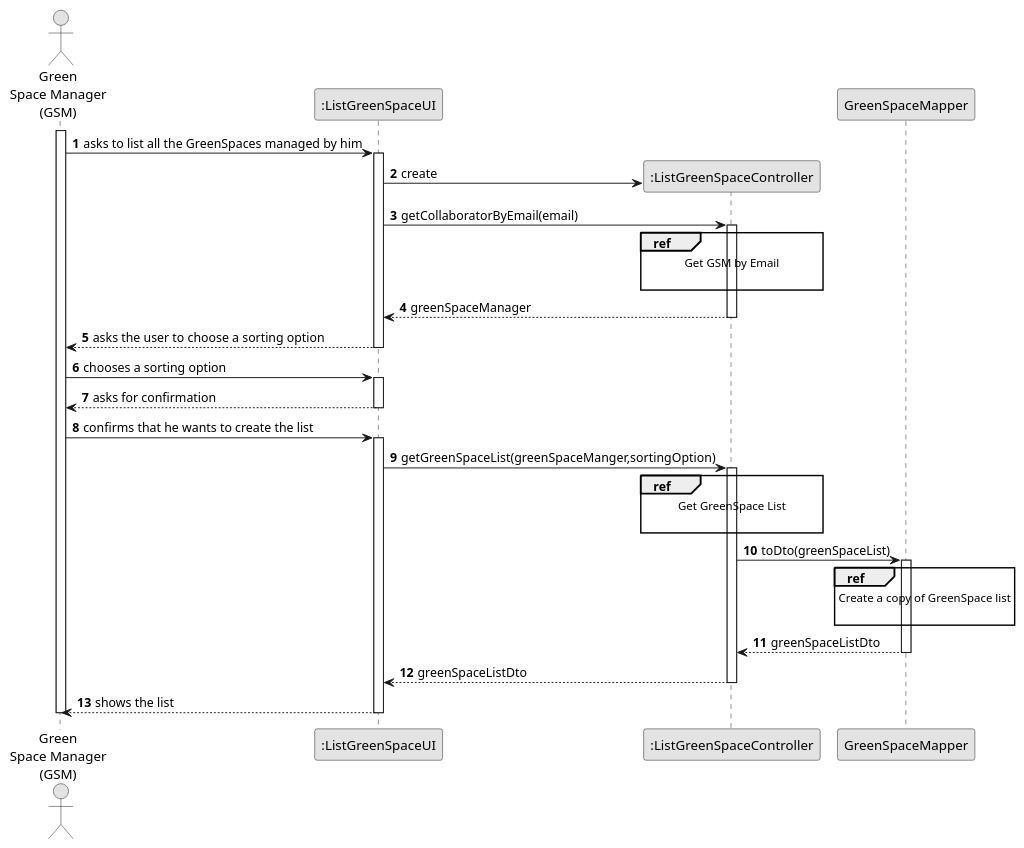
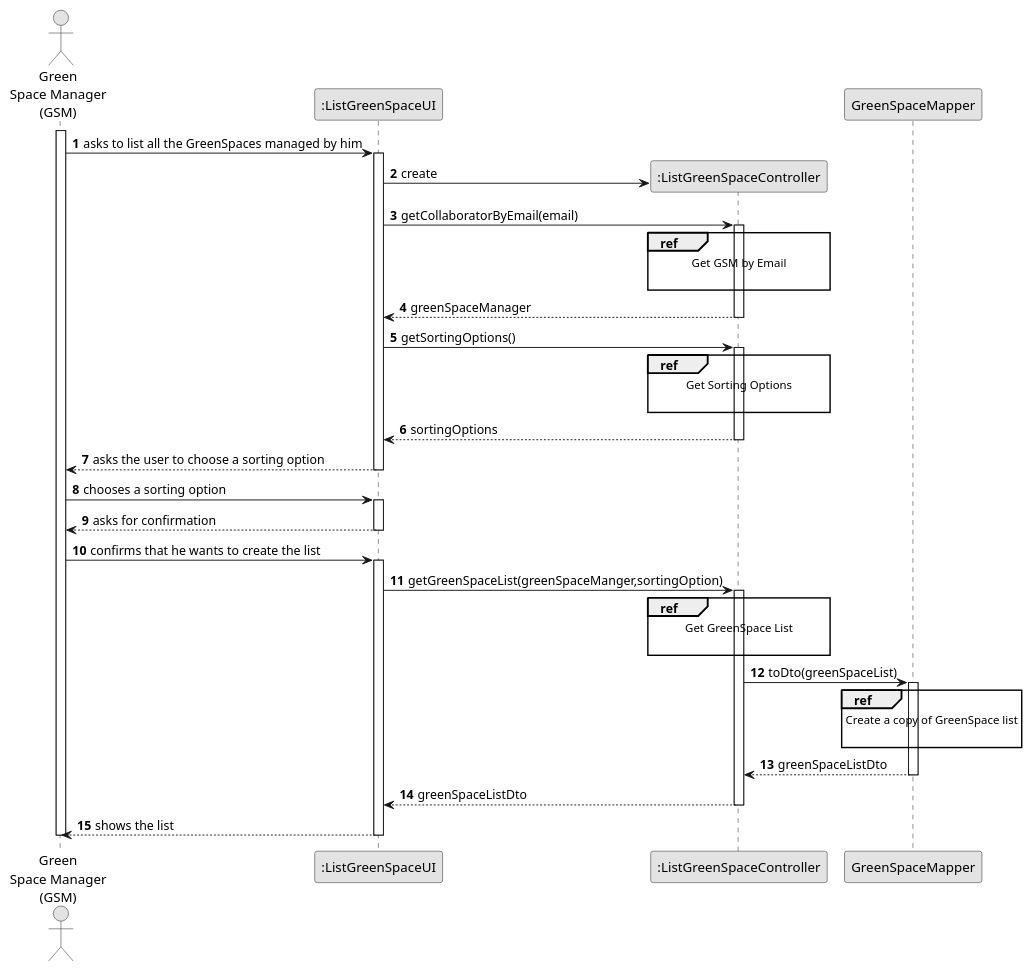
The diagram in docs/sprintC/us027/03.design/puml/us027-sequence-diagram-split.puml (diogoveirospro/lei-24-s2-1dg-g072), drawn with PlantUML before and after one commit. The commit also changed 21 other files, not shown here.

```diff
--- a/docs/sprintC/us027/03.design/puml/us027-sequence-diagram-split.puml
+++ b/docs/sprintC/us027/03.design/puml/us027-sequence-diagram-split.puml
@@ -1,69 +1,78 @@
 @startuml
 skinparam monochrome true
 skinparam packageStyle rectangle
 skinparam shadowing false
 
 autonumber
 
 'hide footbox
 actor "Green\nSpace Manager\n(GSM)" as GSM
 participant ":ListGreenSpaceUI" as UI
 participant ":ListGreenSpaceController" as CTRL
 
 participant "GreenSpaceMapper" as Mapper
 
 activate GSM
 
         GSM -> UI : asks to list all the GreenSpaces managed by him
 
         activate UI
 
                 UI -> CTRL** : create
 
                 UI -> CTRL : getCollaboratorByEmail(email)
 
                     activate CTRL
                         ref over CTRL
                             Get GSM by Email
 
                         end
                         CTRL --> UI :greenSpaceManager
+                    deactivate CTRL
+
+                    UI -> CTRL : getSortingOptions()
+                    activate CTRL
+                        ref over CTRL
+                            Get Sorting Options
+
+                        end
+                    CTRL --> UI : sortingOptions
                     deactivate CTRL
             UI --> GSM : asks the user to choose a sorting option
         deactivate UI
 
         GSM -> UI : chooses a sorting option
         activate UI
 
                 UI --> GSM : asks for confirmation
         deactivate UI
 
             GSM -> UI : confirms that he wants to create the list
         activate UI
 
 
             UI -> CTRL : getGreenSpaceList(greenSpaceManger,sortingOption)
             activate CTRL
                     ref over CTRL
                             Get GreenSpace List
 
                     end
                     CTRL -> Mapper : toDto(greenSpaceList)
                     activate Mapper
                             ref over Mapper
                                     Create a copy of GreenSpace list
 
                             end
                             Mapper -->CTRL : greenSpaceListDto
                     deactivate Mapper
 
             CTRL --> UI: greenSpaceListDto
 
             deactivate CTRL
             UI --> GSM: shows the list
     deactivate UI
 
 deactivate GSM
 
 
 @enduml
```
